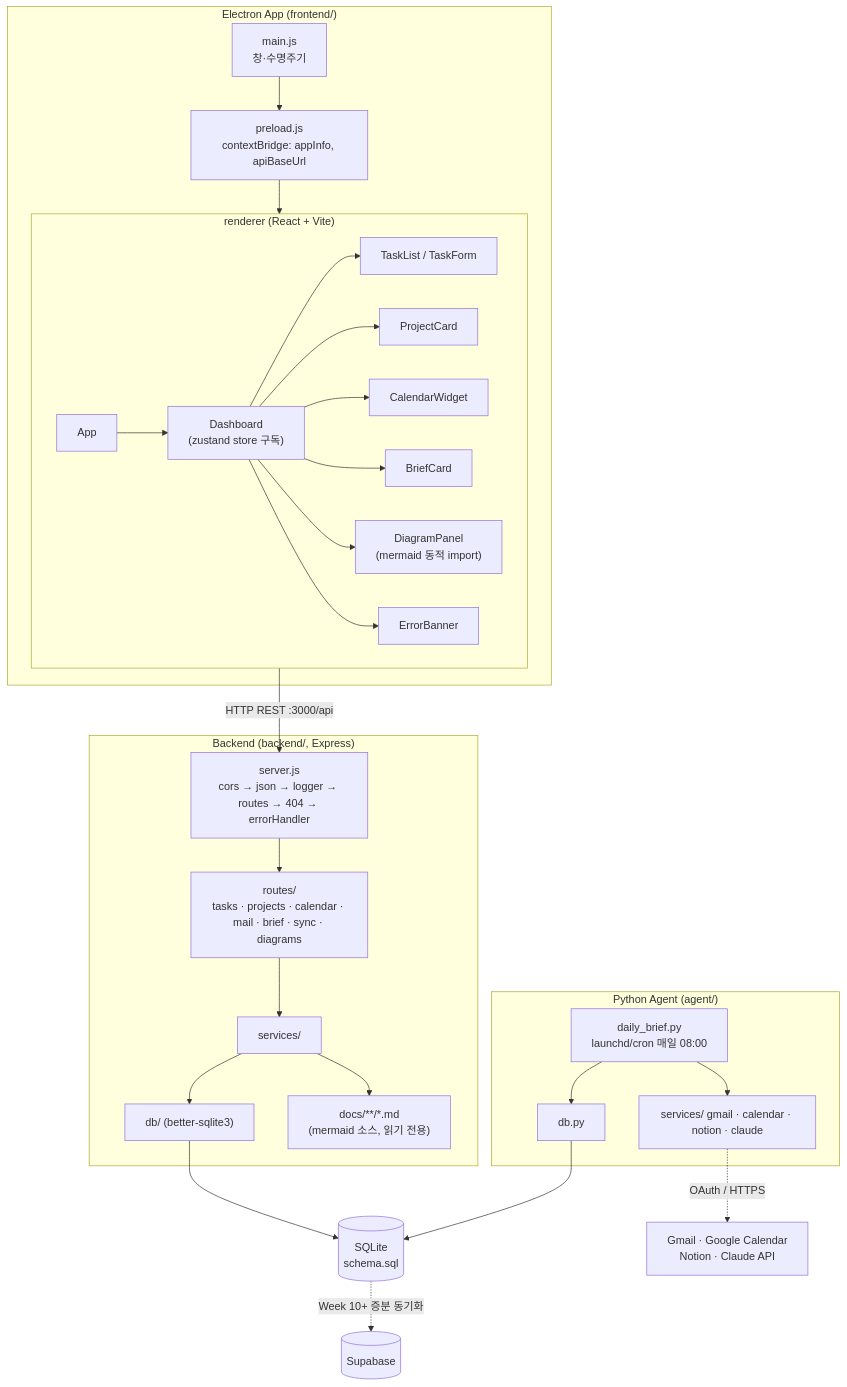
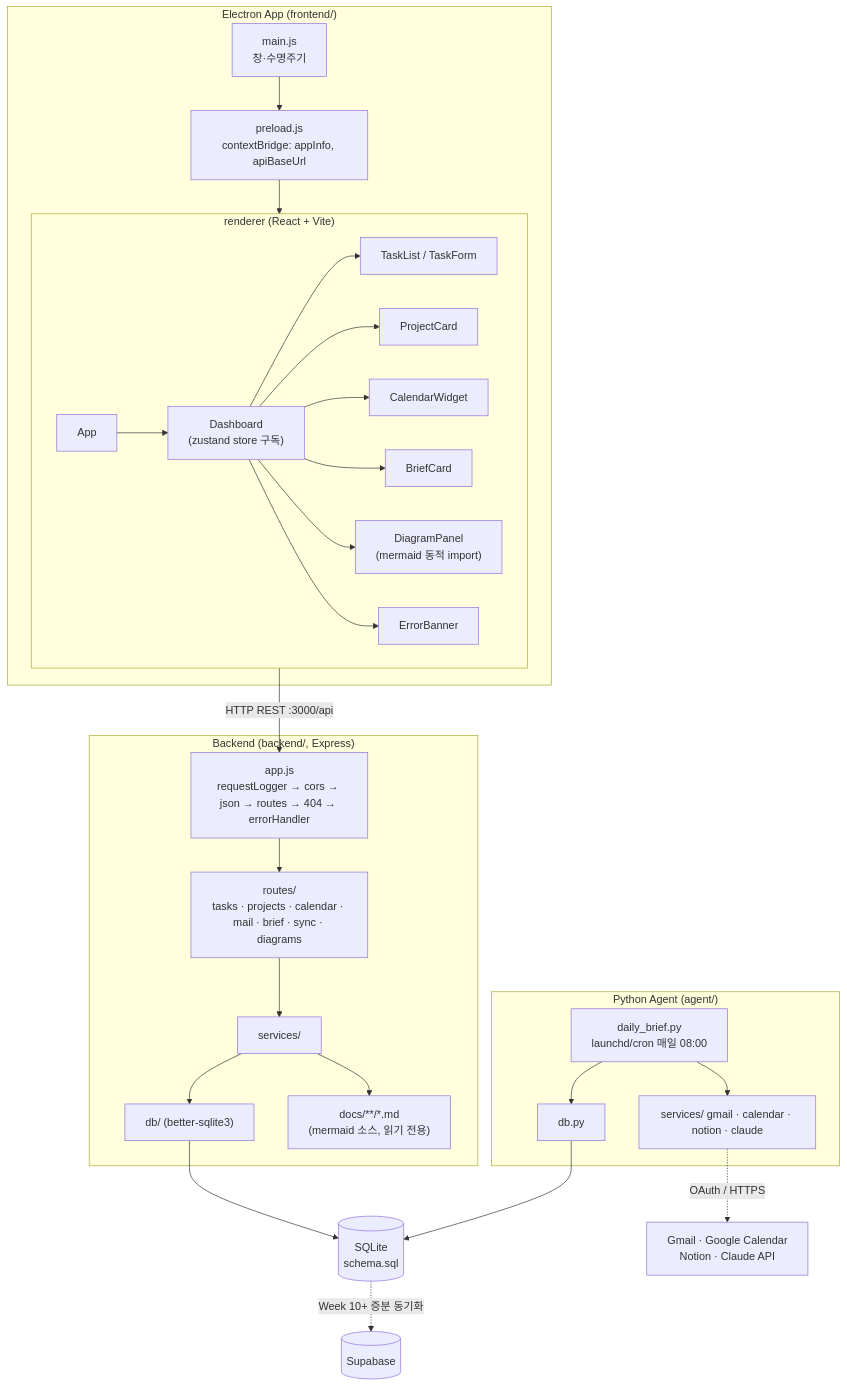
Before and after one commit to gamercross/my-setup-proj: the first of 3 diagrams in docs/product/DESIGN.md, drawn with Mermaid. The commit also changed other lines of this file and 15 other files, not shown here.

First line of the commit message:
feat: Phase C1 — 백엔드 미들웨어 정식화 (cors·requestLogger·errorHandler)

````diff
--- a/docs/product/DESIGN.md
+++ b/docs/product/DESIGN.md
@@ -46,39 +46,39 @@
 ```mermaid
 flowchart TB
   subgraph EL["Electron App (frontend/)"]
     MAIN["main.js<br/>창·수명주기"]
     PRE["preload.js<br/>contextBridge: appInfo, apiBaseUrl"]
     subgraph R["renderer (React + Vite)"]
       APP["App"] --> DASH["Dashboard<br/>(zustand store 구독)"]
       DASH --> TL["TaskList / TaskForm"]
       DASH --> PC["ProjectCard"]
       DASH --> CW["CalendarWidget"]
       DASH --> BC["BriefCard"]
       DASH --> DGP["DiagramPanel<br/>(mermaid 동적 import)"]
       DASH --> EB["ErrorBanner"]
     end
     MAIN --> PRE --> R
   end
 
   subgraph BE["Backend (backend/, Express)"]
-    SRV["server.js<br/>cors → json → logger → routes → 404 → errorHandler"]
+    SRV["app.js<br/>requestLogger → cors → json → routes → 404 → errorHandler"]
     SRV --> RT["routes/<br/>tasks · projects · calendar · mail · brief · sync · diagrams"]
     RT --> SVC["services/"]
     SVC --> DBM["db/ (better-sqlite3)"]
     SVC --> DOCS["docs/**/*.md<br/>(mermaid 소스, 읽기 전용)"]
   end
 
   subgraph AG["Python Agent (agent/)"]
     DB2["daily_brief.py<br/>launchd/cron 매일 08:00"]
     DB2 --> GS["services/ gmail · calendar · notion · claude"]
     DB2 --> ADB["db.py"]
   end
 
   SQLITE[("SQLite<br/>schema.sql")]
 
   R -- "HTTP REST :3000/api" --> SRV
   DBM --> SQLITE
   ADB --> SQLITE
   GS -. "OAuth / HTTPS" .-> EXT["Gmail · Google Calendar<br/>Notion · Claude API"]
   SQLITE -. "Week 10+ 증분 동기화" .-> SUPA[("Supabase")]
 ```
````
